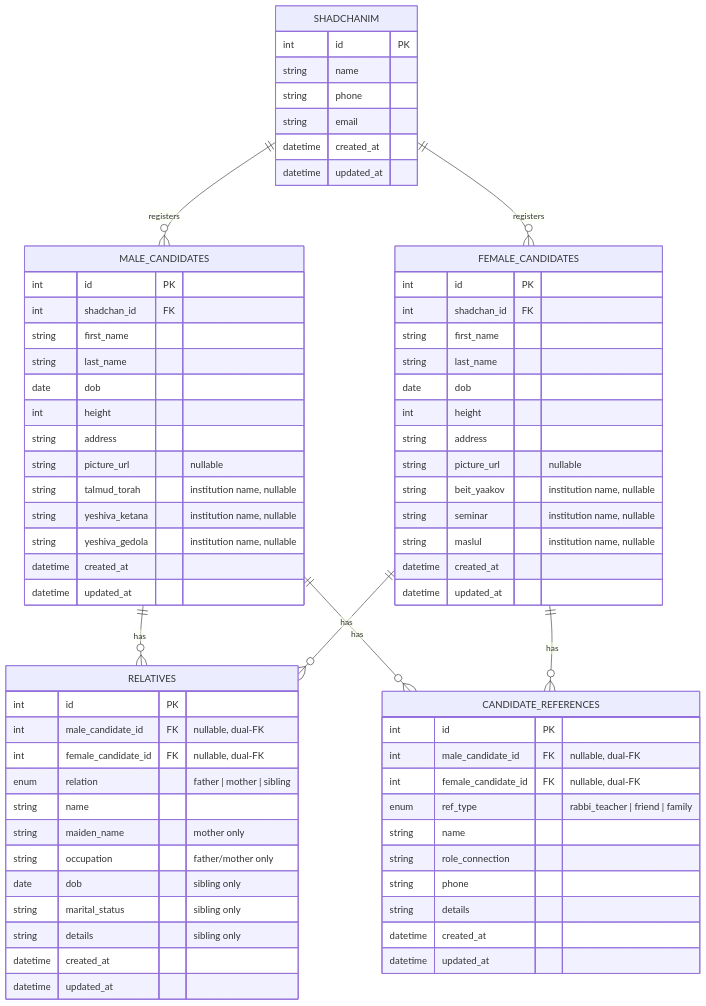
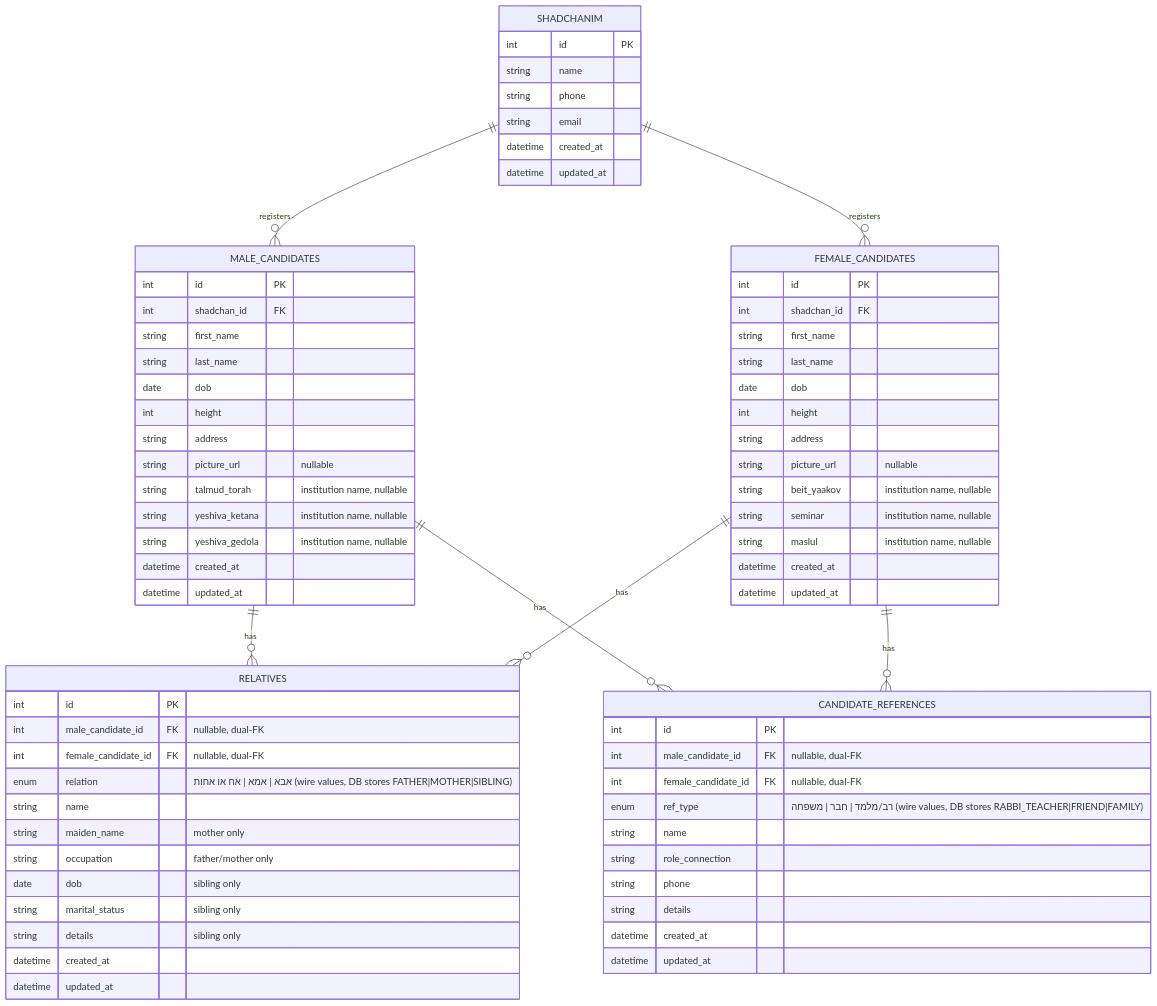
Before and after one commit to mordechaisav/make-match-server: the diagram in docs/ARCHITECTURE.md, drawn with Mermaid. The commit also changed other lines of this file and 8 other files, not shown here.

First line of the commit message:
OCR scanned resumes locally; switch relation/ref_type to Hebrew wire values

````diff
--- a/docs/ARCHITECTURE.md
+++ b/docs/ARCHITECTURE.md
@@ -66,76 +66,76 @@
 ```mermaid
 erDiagram
     SHADCHANIM ||--o{ MALE_CANDIDATES : registers
     SHADCHANIM ||--o{ FEMALE_CANDIDATES : registers
 
     MALE_CANDIDATES ||--o{ RELATIVES : has
     FEMALE_CANDIDATES ||--o{ RELATIVES : has
 
     MALE_CANDIDATES ||--o{ CANDIDATE_REFERENCES : has
     FEMALE_CANDIDATES ||--o{ CANDIDATE_REFERENCES : has
 
     SHADCHANIM {
         int id PK
         string name
         string phone
         string email
         datetime created_at
         datetime updated_at
     }
     MALE_CANDIDATES {
         int id PK
         int shadchan_id FK
         string first_name
         string last_name
         date dob
         int height
         string address
         string picture_url "nullable"
         string talmud_torah "institution name, nullable"
         string yeshiva_ketana "institution name, nullable"
         string yeshiva_gedola "institution name, nullable"
         datetime created_at
         datetime updated_at
     }
     FEMALE_CANDIDATES {
         int id PK
         int shadchan_id FK
         string first_name
         string last_name
         date dob
         int height
         string address
         string picture_url "nullable"
         string beit_yaakov "institution name, nullable"
         string seminar "institution name, nullable"
         string maslul "institution name, nullable"
         datetime created_at
         datetime updated_at
     }
     RELATIVES {
         int id PK
         int male_candidate_id FK "nullable, dual-FK"
         int female_candidate_id FK "nullable, dual-FK"
-        enum relation "father | mother | sibling"
+        enum relation "אבא | אמא | אח או אחות (wire values, DB stores FATHER|MOTHER|SIBLING)"
         string name
         string maiden_name "mother only"
         string occupation "father/mother only"
         date dob "sibling only"
         string marital_status "sibling only"
         string details "sibling only"
         datetime created_at
         datetime updated_at
     }
     CANDIDATE_REFERENCES {
         int id PK
         int male_candidate_id FK "nullable, dual-FK"
         int female_candidate_id FK "nullable, dual-FK"
-        enum ref_type "rabbi_teacher | friend | family"
+        enum ref_type "רב/מלמד | חבר | משפחה (wire values, DB stores RABBI_TEACHER|FRIEND|FAMILY)"
         string name
         string role_connection
         string phone
         string details
         datetime created_at
         datetime updated_at
     }
 ```
````
